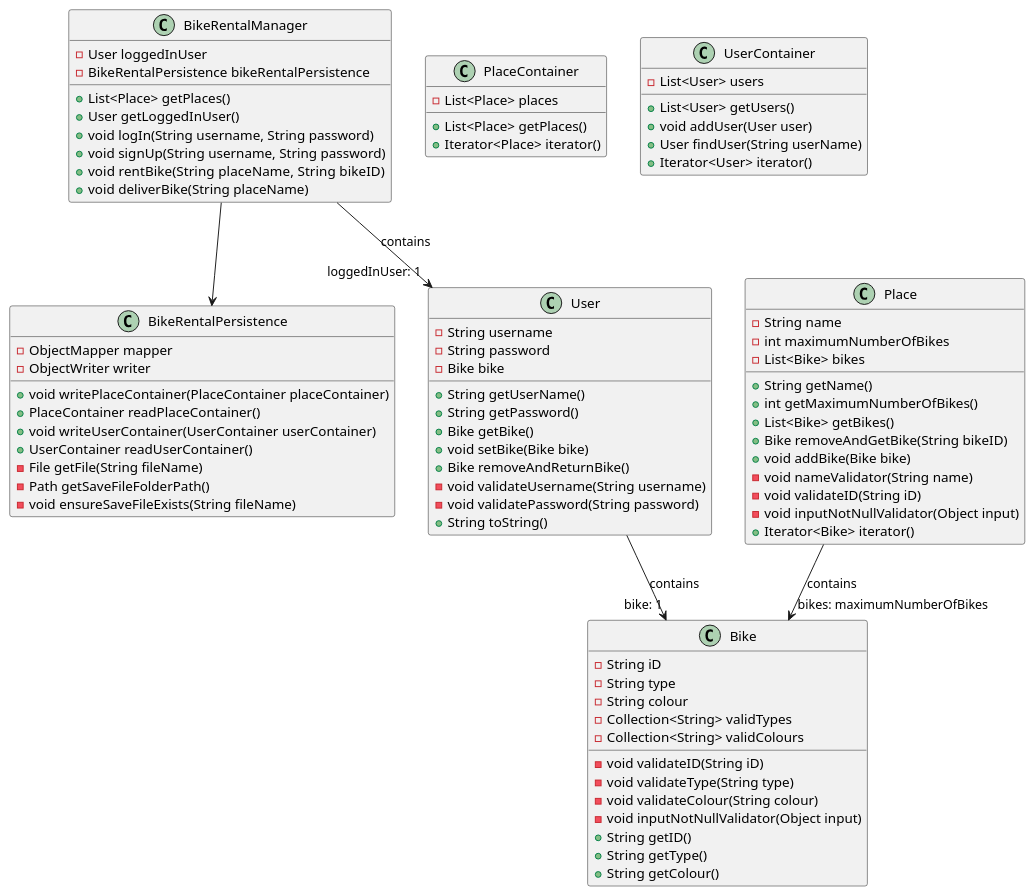
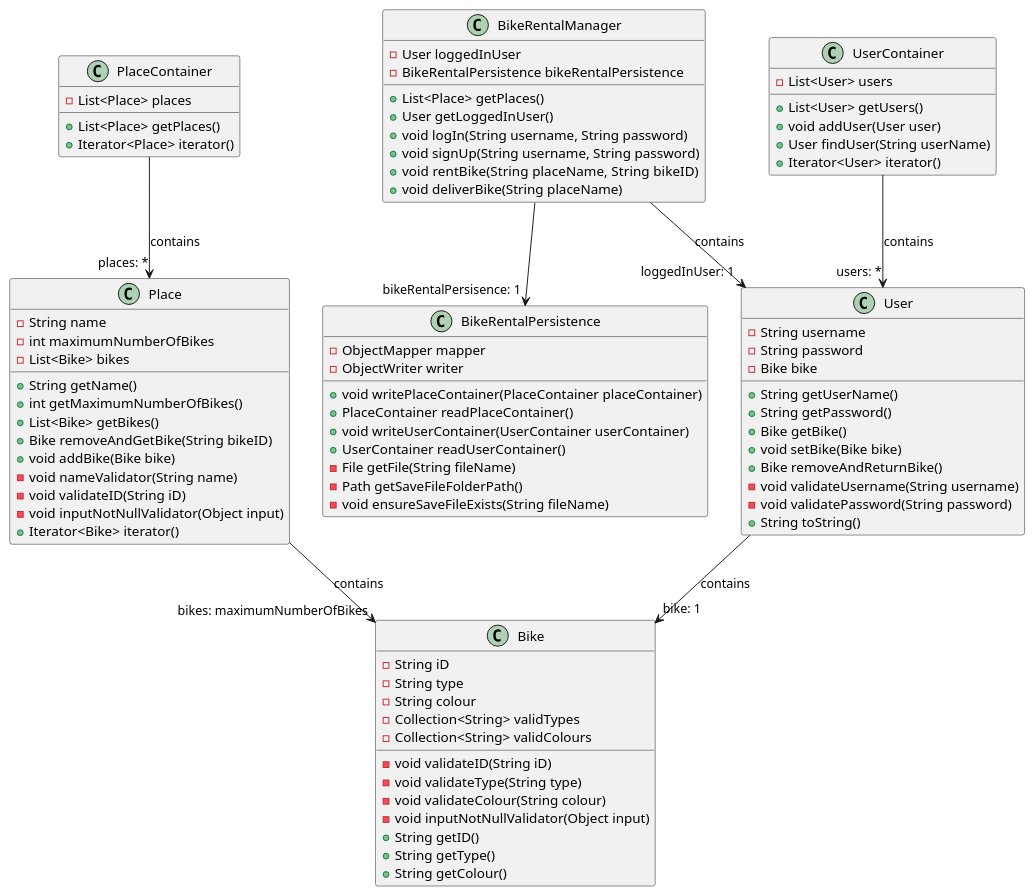
One commit to jonhallem/gr2247 changed the first of 2 diagrams in docs/release1.md. Above: the diagram before and after it, drawn with PlantUML. The commit also changed other lines of this file, not shown here.

Commit message:
Teste om plantuml fungerer

````diff
--- a/docs/release1.md
+++ b/docs/release1.md
@@ -22,7 +22,9 @@
 ```plantuml
 @startuml
-BikeRentalManager --> BikeRentalPersistence
+BikeRentalManager --> "bikeRentalPersisence: 1" BikeRentalPersistence
 BikeRentalManager --> "loggedInUser: 1" User : contains
+PlaceContainer --> "places: *" Place : contains
+UserContainer --> "users: *" User : contains
 Place --> "bikes: maximumNumberOfBikes" Bike : contains
 User --> "bike: 1" Bike : contains
 
````
